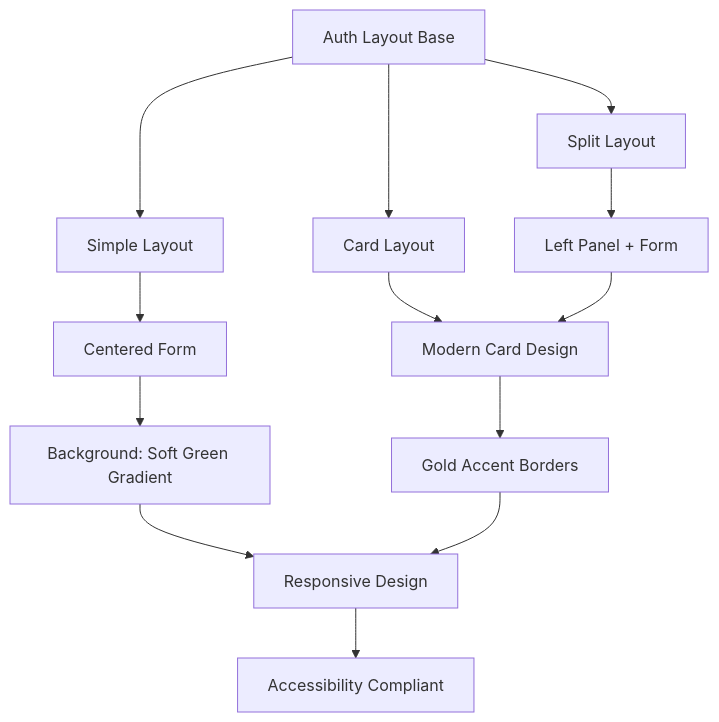
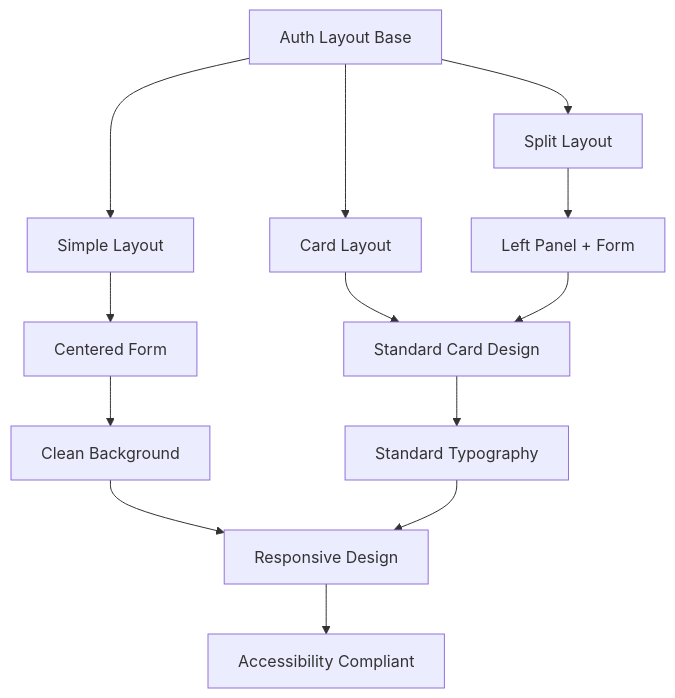
Before and after one commit to PA-Penajam/kepegawaian_apps: the fifth of 6 diagrams in .qoder/repowiki/en/content/Frontend Architecture/UI_UX Refactor Design Document.md, drawn with Mermaid. The commit also changed other lines of this file and 22 other files, not shown here.

````diff
--- a/.qoder/repowiki/en/content/Frontend Architecture/UI_UX Refactor Design Document.md
+++ b/.qoder/repowiki/en/content/Frontend Architecture/UI_UX Refactor Design Document.md
@@ -384,15 +269,15 @@
 ```mermaid
 flowchart TD
 A[Auth Layout Base] --> B[Simple Layout]
 A --> C[Split Layout]
 A --> D[Card Layout]
 B --> E[Centered Form]
 C --> F[Left Panel + Form]
-D --> G[Modern Card Design]
-E --> H[Background: Soft Green Gradient]
+D --> G[Standard Card Design]
+E --> H[Clean Background]
 F --> G
-G --> I[Gold Accent Borders]
+G --> I[Standard Typography]
 H --> J[Responsive Design]
 I --> J
 J --> K[Accessibility Compliant]
 ```
````
